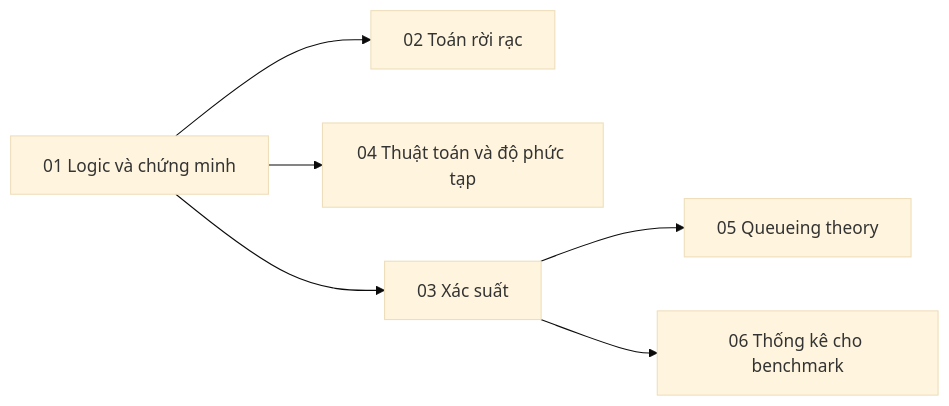
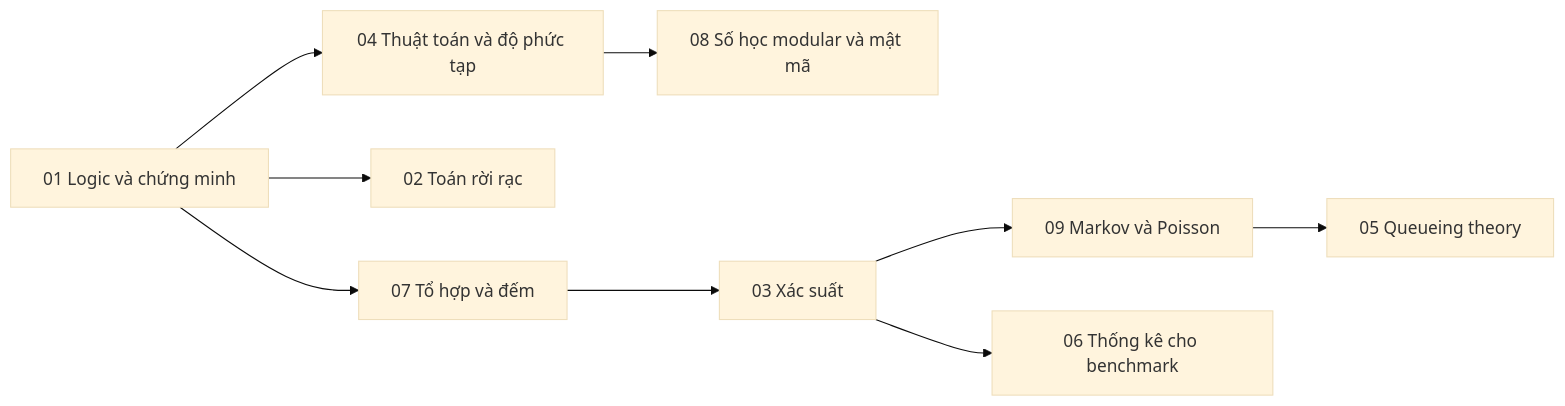
Before and after one commit to pirumu/irust: the diagram in docs/14-toan-va-ly-thuyet/00-tong-quan.md, drawn with Mermaid (base theme). The commit also changed other lines of this file and 6 other files, not shown here.

Commit message:
P14·07–09: tổ hợp và đếm, số học modular và mật mã, chuỗi Markov và Poisson; cập nhật tổng quan P14, README, roadmap

````diff
--- a/docs/14-toan-va-ly-thuyet/00-tong-quan.md
+++ b/docs/14-toan-va-ly-thuyet/00-tong-quan.md
@@ -24,8 +27,11 @@
 ```mermaid
 flowchart LR
-  C01[01 Logic và chứng minh] --> C02[02 Toán rời rạc]
+  C01[01 Logic và chứng minh] --> C07[07 Tổ hợp và đếm]
+  C01 --> C02[02 Toán rời rạc]
   C01 --> C04[04 Thuật toán và độ phức tạp]
-  C01 --> C03[03 Xác suất]
-  C03 --> C05[05 Queueing theory]
+  C04 --> C08[08 Số học modular và mật mã]
+  C07 --> C03[03 Xác suất]
+  C03 --> C09[09 Markov và Poisson]
+  C09 --> C05[05 Queueing theory]
   C03 --> C06[06 Thống kê cho benchmark]
 ```
````
